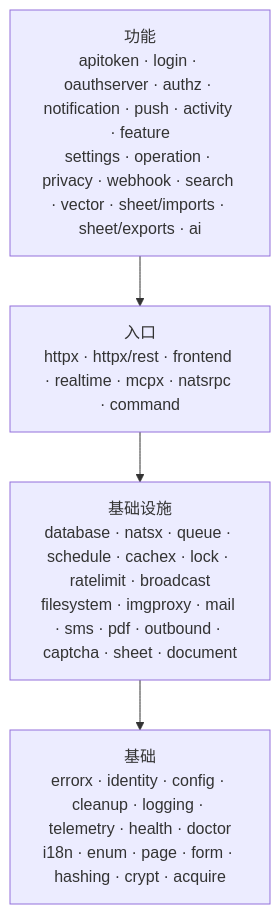
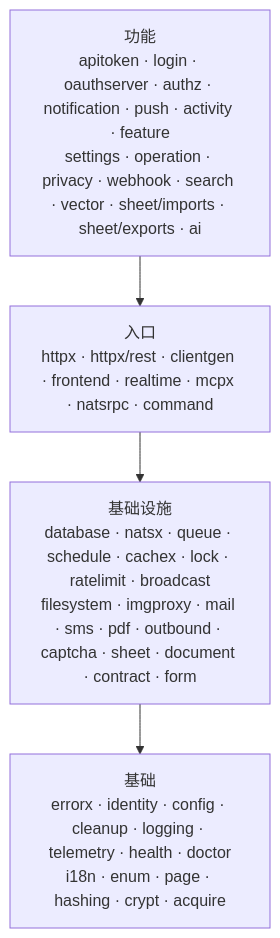
Before and after one commit to go-tenon/tenon: the fourth of 8 diagrams in README.md, drawn with Mermaid. The commit also changed other lines of this file and 96 other files, not shown here.

First line of the commit message:
refactor: 新增 contract 包承载三个入口共用的契约，clientgen 提到顶层 (#220)

````diff
--- a/README.md
+++ b/README.md
@@ -146,8 +146,8 @@
 ```mermaid
 flowchart TB
   F["功能<br/>apitoken · login · oauthserver · authz · notification · push · activity · feature<br/>settings · operation · privacy · webhook · search · vector · sheet/imports · sheet/exports · ai"]
-  E["入口<br/>httpx · httpx/rest · frontend · realtime · mcpx · natsrpc · command"]
-  I["基础设施<br/>database · natsx · queue · schedule · cachex · lock · ratelimit · broadcast<br/>filesystem · imgproxy · mail · sms · pdf · outbound · captcha · sheet · document"]
-  BASE["基础<br/>errorx · identity · config · cleanup · logging · telemetry · health · doctor<br/>i18n · enum · page · form · hashing · crypt · acquire"]
+  E["入口<br/>httpx · httpx/rest · clientgen · frontend · realtime · mcpx · natsrpc · command"]
+  I["基础设施<br/>database · natsx · queue · schedule · cachex · lock · ratelimit · broadcast<br/>filesystem · imgproxy · mail · sms · pdf · outbound · captcha · sheet · document · contract · form"]
+  BASE["基础<br/>errorx · identity · config · cleanup · logging · telemetry · health · doctor<br/>i18n · enum · page · hashing · crypt · acquire"]
   F --> E --> I --> BASE
 ```
````
